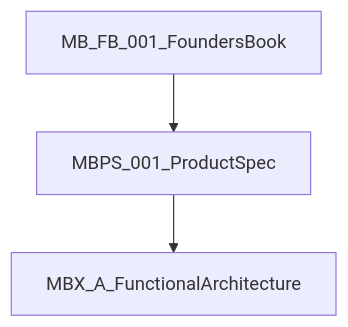
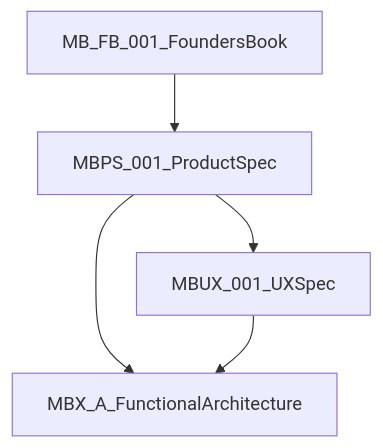
The diagram in docs/product/README.md (swill010101/MemoryBox-Gmail-Prototype), drawn with Mermaid before and after one commit. The commit also changed other lines of this file and 3 other files, not shown here.

````diff
--- a/docs/product/README.md
+++ b/docs/product/README.md
@@ -7,7 +7,10 @@
 ```mermaid
 flowchart TB
   FB[MB_FB_001_FoundersBook]
   MBPS[MBPS_001_ProductSpec]
+  MBUX[MBUX_001_UXSpec]
   MBXA[MBX_A_FunctionalArchitecture]
-  FB --> MBPS --> MBXA
+  FB --> MBPS --> MBUX
+  MBPS --> MBXA
+  MBUX --> MBXA
 ```
````
